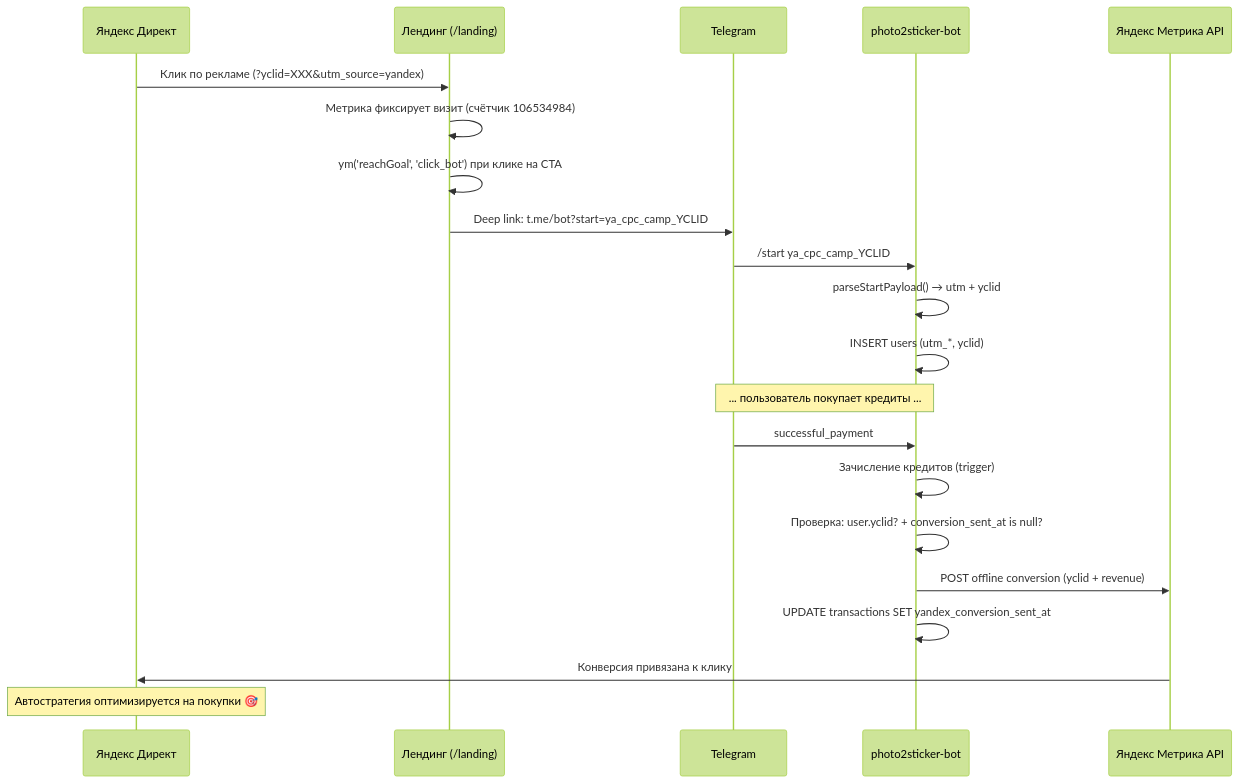
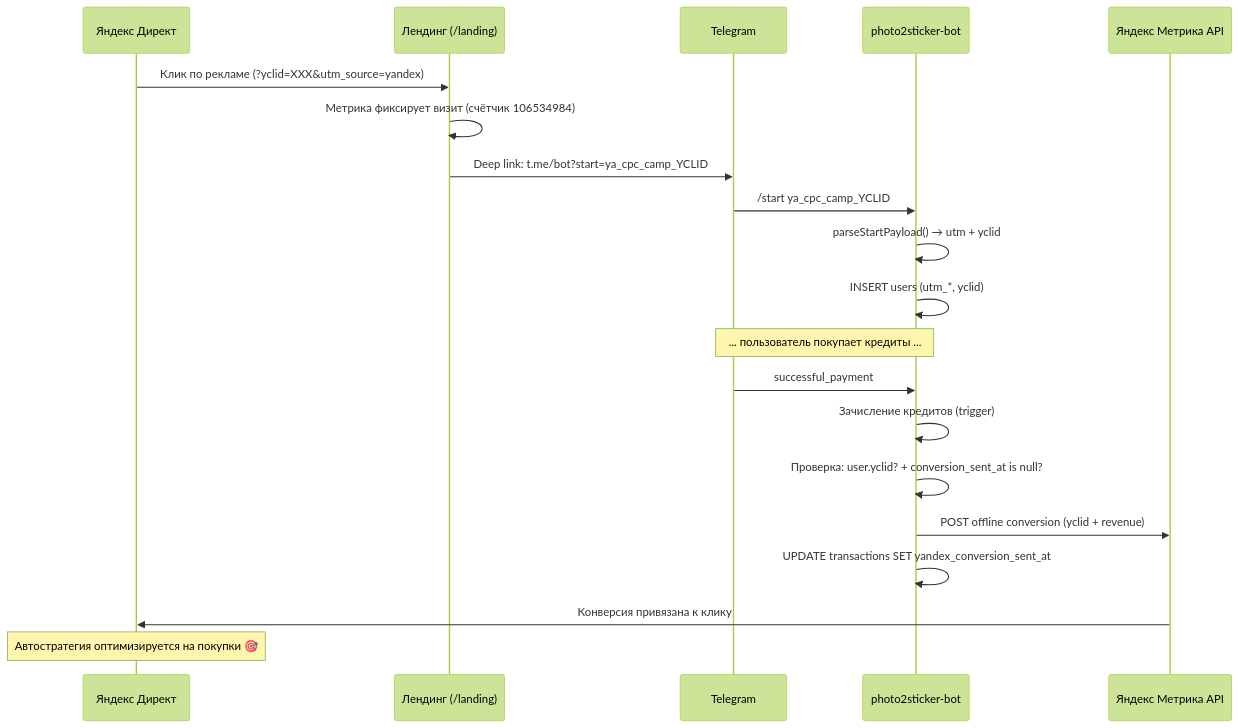
One commit to mazarov/https-github.com-mazarov-photo2sticker-bot changed the diagram in docs/13-02-yandex-direct-conversions.md. Above: the diagram before and after it, drawn with Mermaid (forest theme). The commit also changed other lines of this file and 3 other files, not shown here.

````diff
--- a/docs/13-02-yandex-direct-conversions.md
+++ b/docs/13-02-yandex-direct-conversions.md
@@ -54,24 +53,23 @@
 ```mermaid
 sequenceDiagram
     participant YD as Яндекс Директ
     participant LP as Лендинг (/landing)
     participant TG as Telegram
     participant BOT as photo2sticker-bot
     participant YM as Яндекс Метрика API
 
     YD->>LP: Клик по рекламе (?yclid=XXX&utm_source=yandex)
     LP->>LP: Метрика фиксирует визит (счётчик 106534984)
-    LP->>LP: ym('reachGoal', 'click_bot') при клике на CTA
     LP->>TG: Deep link: t.me/bot?start=ya_cpc_camp_YCLID
     TG->>BOT: /start ya_cpc_camp_YCLID
     BOT->>BOT: parseStartPayload() → utm + yclid
     BOT->>BOT: INSERT users (utm_*, yclid)
     Note over TG,BOT: ... пользователь покупает кредиты ...
     TG->>BOT: successful_payment
     BOT->>BOT: Зачисление кредитов (trigger)
     BOT->>BOT: Проверка: user.yclid? + conversion_sent_at is null?
     BOT->>YM: POST offline conversion (yclid + revenue)
     BOT->>BOT: UPDATE transactions SET yandex_conversion_sent_at
     YM->>YD: Конверсия привязана к клику
     Note over YD: Автостратегия оптимизируется на покупки 🎯
 ```
````
